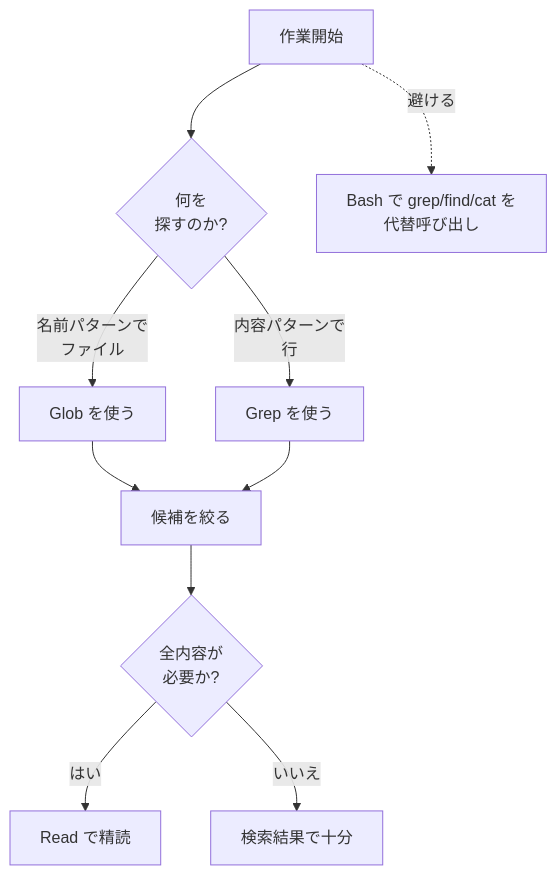
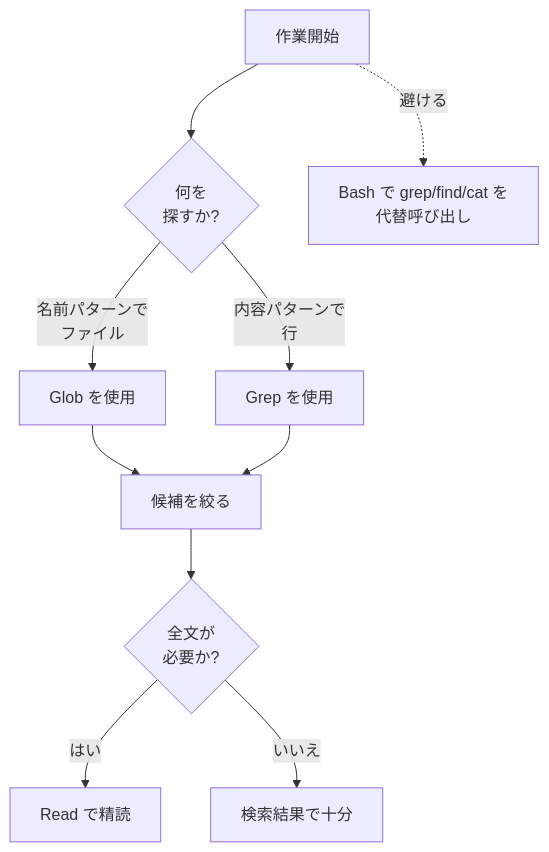
The diagram in docs-site/content/ja/claude-code/foundations/tools-reference.md (modu-ai/moai-adk), drawn with Mermaid before and after one commit. The commit also changed other lines of this file and 395 other files, not shown here.

````diff
--- a/docs-site/content/ja/claude-code/foundations/tools-reference.md
+++ b/docs-site/content/ja/claude-code/foundations/tools-reference.md
@@ -97,12 +97,12 @@
 ```mermaid
 flowchart TD
-    A[作業開始] --> B{何を<br>探すのか?}
-    B -->|名前パターンで<br>ファイル| C[Glob を使う]
-    B -->|内容パターンで<br>行| D[Grep を使う]
+    A[作業開始] --> B{何を<br>探すか?}
+    B -->|名前パターンで<br>ファイル| C[Glob を使用]
+    B -->|内容パターンで<br>行| D[Grep を使用]
     C --> E[候補を絞る]
     D --> E
-    E --> F{全内容が<br>必要か?}
+    E --> F{全文が<br>必要か?}
     F -->|はい| G[Read で精読]
     F -->|いいえ| H[検索結果で十分]
     A -.避ける.-> I[Bash で grep/find/cat を<br>代替呼び出し]
 ```
````
